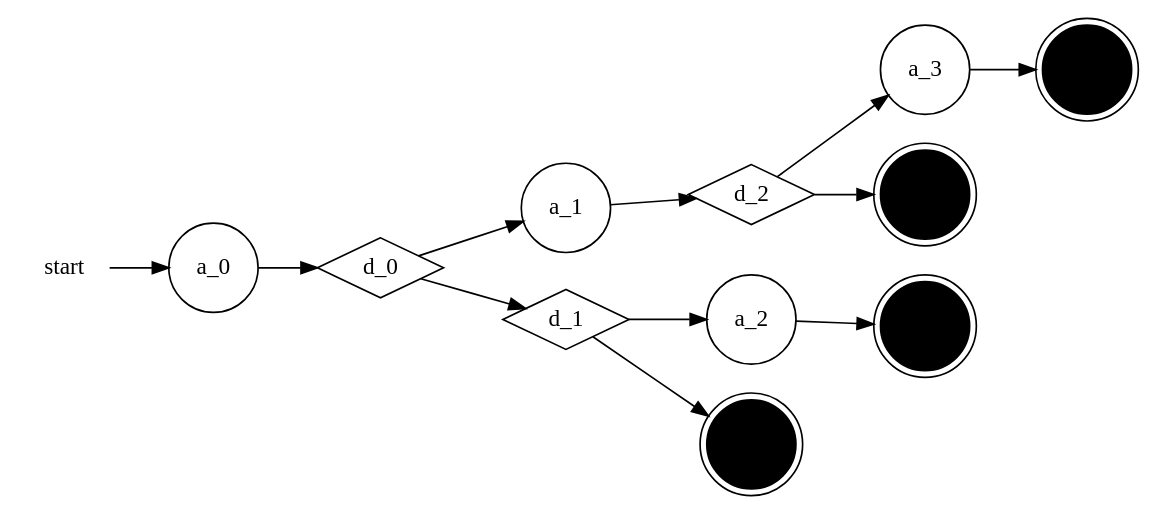
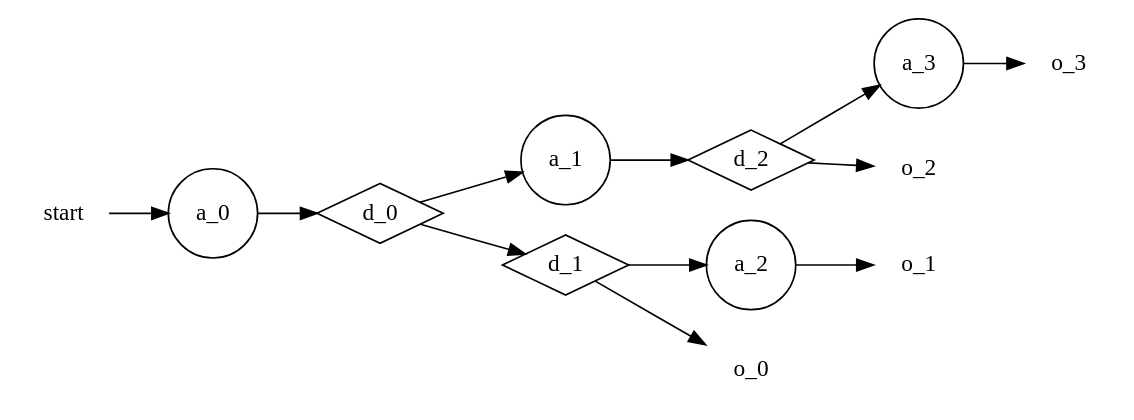
Before and after one commit to tomtom2/memoire: the diagram in graphviz/doubleStackGraph.dot, drawn with Graphviz. The commit also changed 3 other files, not shown here.

```diff
--- a/graphviz/doubleStackGraph.dot
+++ b/graphviz/doubleStackGraph.dot
@@ -1,29 +1,30 @@
 digraph G {
 rankdir=LR;
 
 node [shape="none"]; start;
 
 node [shape="circle",color="black"]; a_0 a_1 a_2 a_3;
 node [shape="diamond", color="black"]; d_0 d_1 d_2;
-node [shape="circle",peripheries=2, style="filled", color="black"]; o_0 o_1 o_2 o_3;
+#node [shape="circle",peripheries=2, style="filled", color="black"]; o_0 o_1 o_2 o_3;
+node [shape="none"]; o_0 o_1 o_2 o_3;
 
 
 start -> a_0;
 
 a_0 -> d_0;
 
 d_0 -> a_1;
 d_0 -> d_1;
 
 a_1 -> d_2;
 
 d_1 -> a_2;
 d_1 -> o_0;
 
 a_2 -> o_1;
 
 d_2 -> o_2;
 d_2 -> a_3;
 
 a_3 -> o_3;
 }
```
